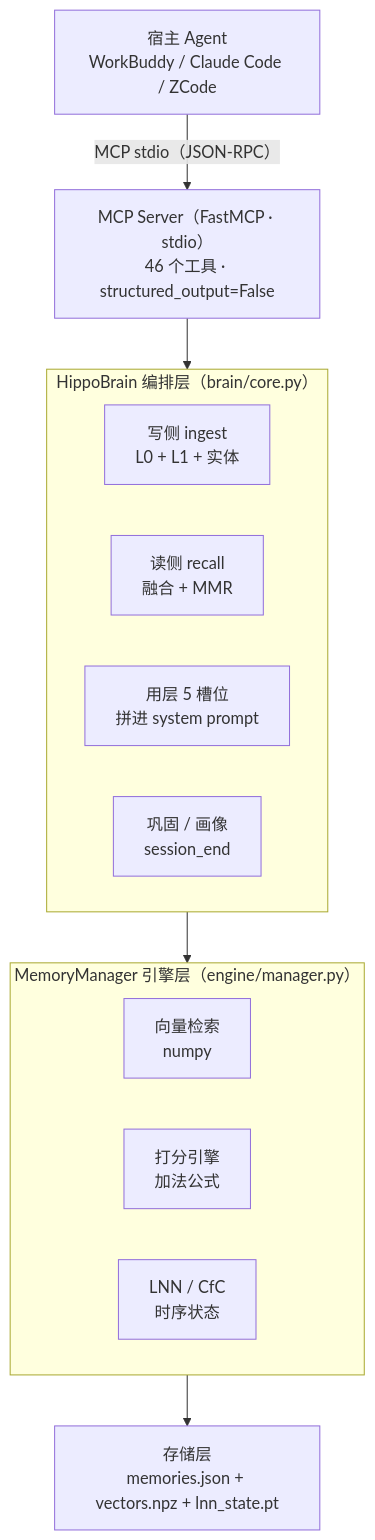
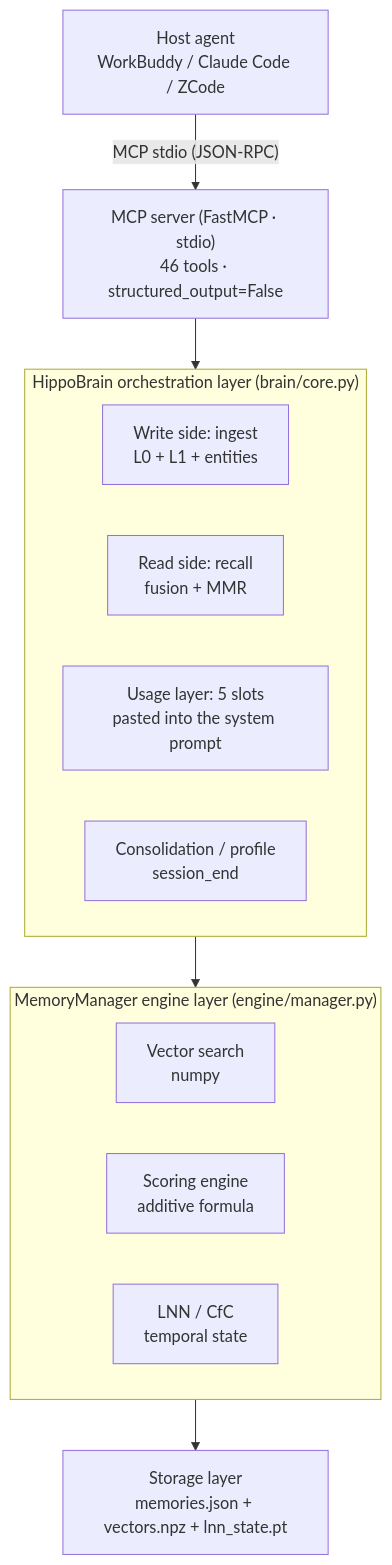
The first of 5 diagrams in docs/ARCHITECTURE.md (cstksniper/hippocampus-mcp), drawn with Mermaid before and after one commit. The commit also changed other lines of this file and 2 other files, not shown here.

Commit message:
docs: bilingual ARCHITECTURE - English trunk + Chinese edition

````diff
--- a/docs/ARCHITECTURE.md
+++ b/docs/ARCHITECTURE.md
@@ -22,20 +42,20 @@
 ```mermaid
 flowchart TB
-    HOST["宿主 Agent<br/>WorkBuddy / Claude Code / ZCode"]
-    SRV["MCP Server（FastMCP · stdio）<br/>46 个工具 · structured_output=False"]
-    subgraph BRAIN["HippoBrain 编排层（brain/core.py）"]
-        W["写侧 ingest<br/>L0 + L1 + 实体"]
-        R["读侧 recall<br/>融合 + MMR"]
-        U["用层 5 槽位<br/>拼进 system prompt"]
-        C["巩固 / 画像<br/>session_end"]
+    HOST["Host agent<br/>WorkBuddy / Claude Code / ZCode"]
+    SRV["MCP server (FastMCP · stdio)<br/>46 tools · structured_output=False"]
+    subgraph BRAIN["HippoBrain orchestration layer (brain/core.py)"]
+        W["Write side: ingest<br/>L0 + L1 + entities"]
+        R["Read side: recall<br/>fusion + MMR"]
+        U["Usage layer: 5 slots<br/>pasted into the system prompt"]
+        C["Consolidation / profile<br/>session_end"]
     end
-    subgraph MGR["MemoryManager 引擎层（engine/manager.py）"]
-        V["向量检索<br/>numpy"]
-        S["打分引擎<br/>加法公式"]
-        L["LNN / CfC<br/>时序状态"]
+    subgraph MGR["MemoryManager engine layer (engine/manager.py)"]
+        V["Vector search<br/>numpy"]
+        S["Scoring engine<br/>additive formula"]
+        L["LNN / CfC<br/>temporal state"]
     end
-    HOST -->|"MCP stdio（JSON-RPC）"| SRV
+    HOST -->|"MCP stdio (JSON-RPC)"| SRV
     SRV --> BRAIN
     BRAIN --> MGR
-    MGR --> STORE["存储层<br/>memories.json + vectors.npz + lnn_state.pt"]
+    MGR --> STORE["Storage layer<br/>memories.json + vectors.npz + lnn_state.pt"]
 ```
````
